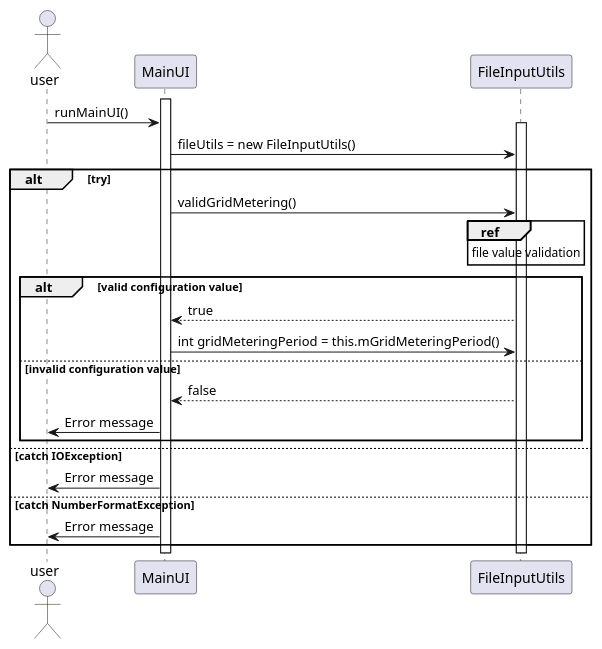
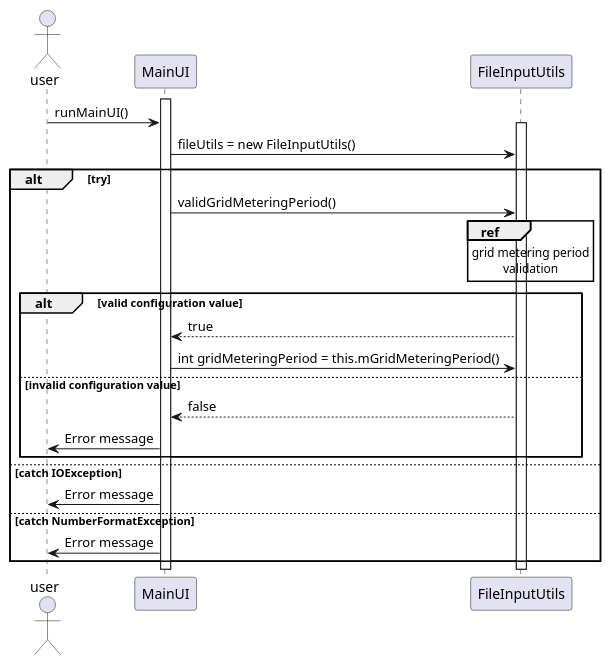
Before and after one commit to Almadanmp/project: the diagram in uml/US51/US51.puml, drawn with PlantUML. The commit also changed 3 other files, not shown here.

First line of the commit message:
REF #98 US50 eliminate duplicated method readDeviceMeteringPeriod2() deviceMeteringPeriodValidation optimization

```diff
--- a/uml/US51/US51.puml
+++ b/uml/US51/US51.puml
@@ -3,30 +3,31 @@
 @startuml
 actor user
 activate MainUI
 user -> MainUI: runMainUI()
 activate FileInputUtils
 MainUI -> FileInputUtils: fileUtils = new FileInputUtils()
 
 alt try
-MainUI -> FileInputUtils: validGridMetering()
+MainUI -> FileInputUtils: validGridMeteringPeriod()
 
 ref over FileInputUtils
-file value validation
+grid metering period
+validation
 end ref
 
 alt valid configuration value
 FileInputUtils --> MainUI: true
 MainUI -> FileInputUtils: int gridMeteringPeriod = this.mGridMeteringPeriod()
 
 else invalid configuration value
 FileInputUtils --> MainUI: false
 MainUI -> user: Error message
 end
 
 else catch IOException
 MainUI -> user: Error message
 else catch NumberFormatException
 MainUI -> user: Error message
 
 end
 @enduml
```
